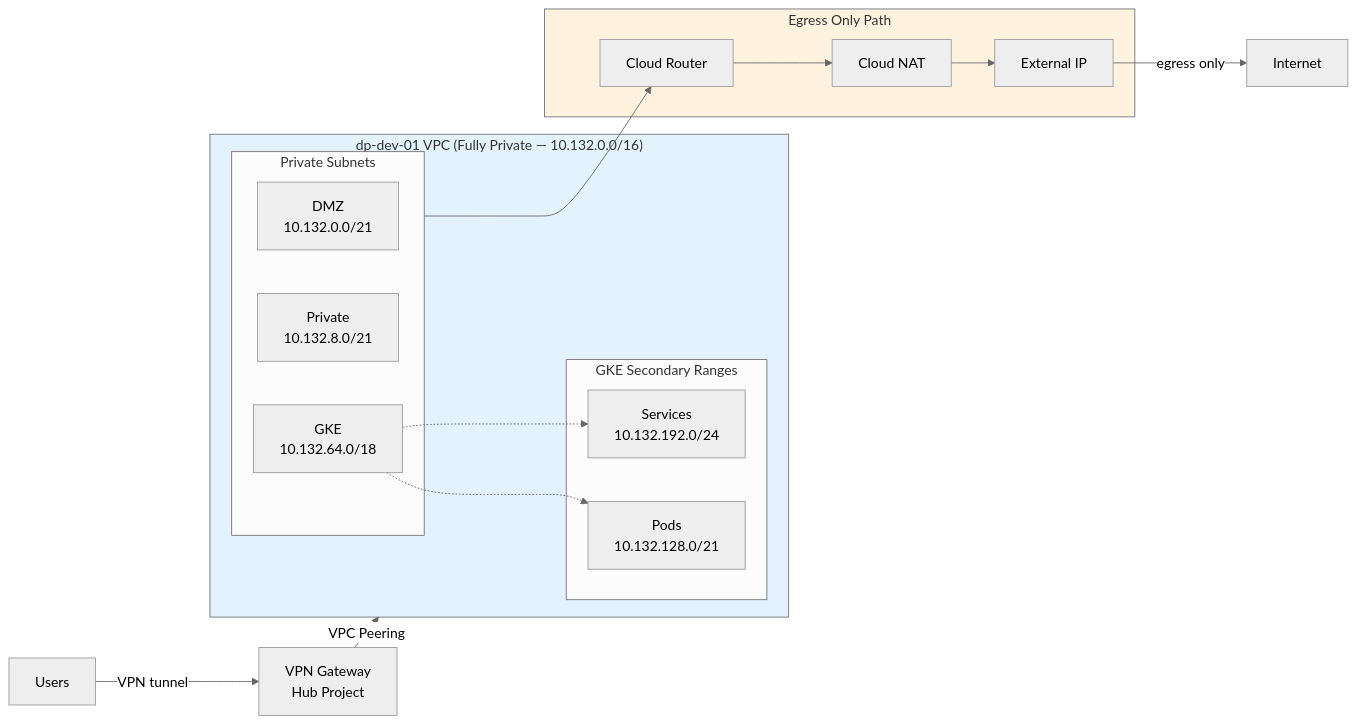
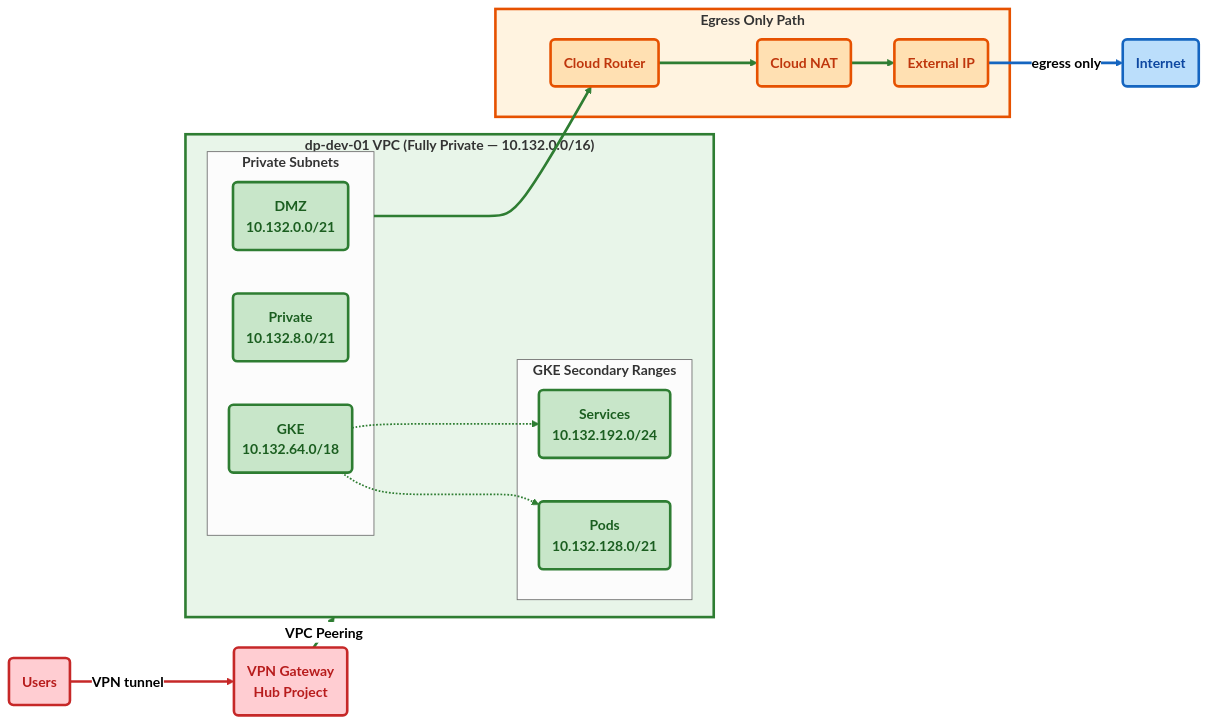
One commit to spolspol/terragrunt-gcp-org-automation changed the second of 7 diagrams in docs/ARCHITECTURE_DIAGRAM.md. Above: the diagram before and after it, drawn with Mermaid (neutral theme). The commit also changed other lines of this file, not shown here.

First line of the commit message:
Enhances GCP architecture diagram

````diff
--- a/docs/ARCHITECTURE_DIAGRAM.md
+++ b/docs/ARCHITECTURE_DIAGRAM.md
@@ -163,34 +195,56 @@
 ```mermaid
 flowchart LR
-    U[Users] -->|"VPN tunnel"| VPN[VPN Gateway<br/>Hub Project]
-    VPN -->|"VPC Peering"| VPCDetail
+    U("<b>Users</b>") ==>|"<b>VPN tunnel</b>"| VPN("<b>VPN Gateway<br/>Hub Project</b>")
+    VPN ==>|"<b>VPC Peering</b>"| VPCDetail
 
-    subgraph VPCDetail["dp-dev-01 VPC (Fully Private — 10.132.0.0/16)"]
-        subgraph PrimaryNets["Private Subnets"]
-            D[DMZ<br/>10.132.0.0/21]
-            P[Private<br/>10.132.8.0/21]
-            G[GKE<br/>10.132.64.0/18]
+    subgraph VPCDetail["<b>dp-dev-01 VPC (Fully Private — 10.132.0.0/16)</b>"]
+        subgraph PrimaryNets["<b>Private Subnets</b>"]
+            D("<b>DMZ<br/>10.132.0.0/21</b>")
+            P("<b>Private<br/>10.132.8.0/21</b>")
+            G("<b>GKE<br/>10.132.64.0/18</b>")
         end
 
-        subgraph SecondaryNets["GKE Secondary Ranges"]
-            POD[Pods<br/>10.132.128.0/21]
-            SVC[Services<br/>10.132.192.0/24]
+        subgraph SecondaryNets["<b>GKE Secondary Ranges</b>"]
+            POD("<b>Pods<br/>10.132.128.0/21</b>")
+            SVC("<b>Services<br/>10.132.192.0/24</b>")
         end
 
         G -.-> POD
         G -.-> SVC
     end
 
-    subgraph EgressPath["Egress Only Path"]
-        CR[Cloud Router]
-        CN[Cloud NAT]
-        EIP[External IP]
-        CR --> CN --> EIP
+    subgraph EgressPath["<b>Egress Only Path</b>"]
+        CR("<b>Cloud Router</b>")
+        CN("<b>Cloud NAT</b>")
+        EIP("<b>External IP</b>")
+        CR ==> CN ==> EIP
     end
 
-    PrimaryNets --> CR
-    EIP -->|"egress only"| I[Internet]
+    PrimaryNets ==> CR
+    EIP ==>|"<b>egress only</b>"| I("<b>Internet</b>")
 
-    style VPCDetail fill:#e3f2fd
-    style EgressPath fill:#fff3e0
+    %% Node styles
+    classDef public fill:#ffcdd2,stroke:#c62828,stroke-width:3px,font-weight:bold,color:#b71c1c
+    classDef private fill:#c8e6c9,stroke:#2e7d32,stroke-width:3px,font-weight:bold,color:#1b5e20
+    classDef internet fill:#bbdefb,stroke:#1565c0,stroke-width:3px,font-weight:bold,color:#0d47a1
+    classDef egress fill:#ffe0b2,stroke:#e65100,stroke-width:3px,font-weight:bold,color:#bf360c
+
+    class U public
+    class VPN public
+    class D,P,G,POD,SVC private
+    class CR,CN,EIP egress
+    class I internet
+
+    %% Link styles
+    linkStyle 0 stroke:#c62828,stroke-width:3px
+    linkStyle 1 stroke:#2e7d32,stroke-width:3px
+    linkStyle 2 stroke:#2e7d32,stroke-width:2px
+    linkStyle 3 stroke:#2e7d32,stroke-width:2px
+    linkStyle 4 stroke:#2e7d32,stroke-width:3px
+    linkStyle 5 stroke:#2e7d32,stroke-width:3px
+    linkStyle 6 stroke:#2e7d32,stroke-width:3px
+    linkStyle 7 stroke:#1565c0,stroke-width:3px
+
+    style VPCDetail fill:#e8f5e9,stroke:#2e7d32,stroke-width:3px
+    style EgressPath fill:#fff3e0,stroke:#e65100,stroke-width:3px
 ```
````
